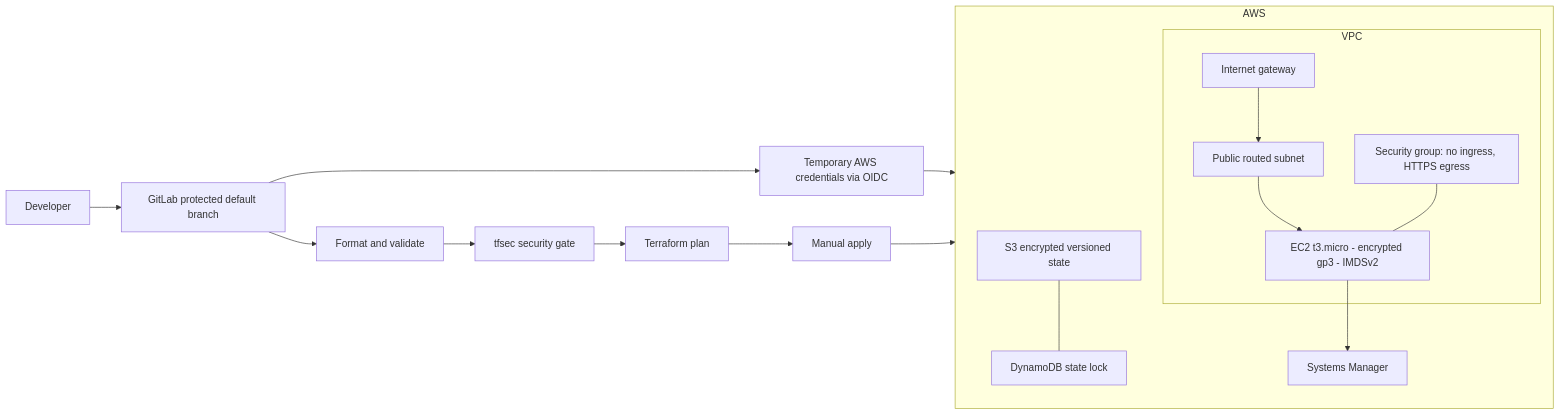
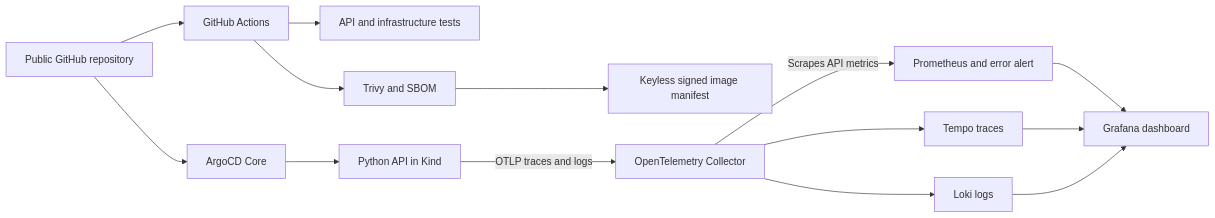
One commit to hundrik3/CI-CD-prac changed the diagram in README.md. Above: the diagram before and after it, drawn with Mermaid. The commit also changed other lines of this file and 36 other files, not shown here.

````diff
--- a/README.md
+++ b/README.md
@@ -25,20 +19,16 @@
 ```mermaid
 flowchart LR
-    Developer --> GitLab[GitLab protected default branch]
-    GitLab --> Validate[Format and validate]
-    Validate --> Scan[tfsec security gate]
-    Scan --> Plan[Terraform plan]
-    Plan --> Approval[Manual apply]
-    GitLab --> OIDC[Temporary AWS credentials via OIDC]
-    OIDC --> AWS
-    Approval --> AWS
-    subgraph AWS
-      State[S3 encrypted versioned state] --- Lock[DynamoDB state lock]
-      subgraph VPC
-        IGW[Internet gateway] --> Subnet[Public routed subnet]
-        Subnet --> EC2[EC2 t3.micro - encrypted gp3 - IMDSv2]
-        SG[Security group: no ingress, HTTPS egress] --- EC2
-      end
-      EC2 --> SSM[Systems Manager]
-    end
+    Git[Public GitHub repository] --> CI[GitHub Actions]
+    CI --> Tests[API and infrastructure tests]
+    CI --> Scan[Trivy and SBOM]
+    Scan --> Sign[Keyless signed image manifest]
+    Git --> Argo[ArgoCD Core]
+    Argo --> API[Python API in Kind]
+    API -->|OTLP traces and logs| Collector[OpenTelemetry Collector]
+    Collector --> Tempo[Tempo traces]
+    Collector --> Loki[Loki logs]
+    Collector -->|Scrapes API metrics| Prom[Prometheus and error alert]
+    Prom --> Grafana[Grafana dashboard]
+    Tempo --> Grafana
+    Loki --> Grafana
 ```
````
